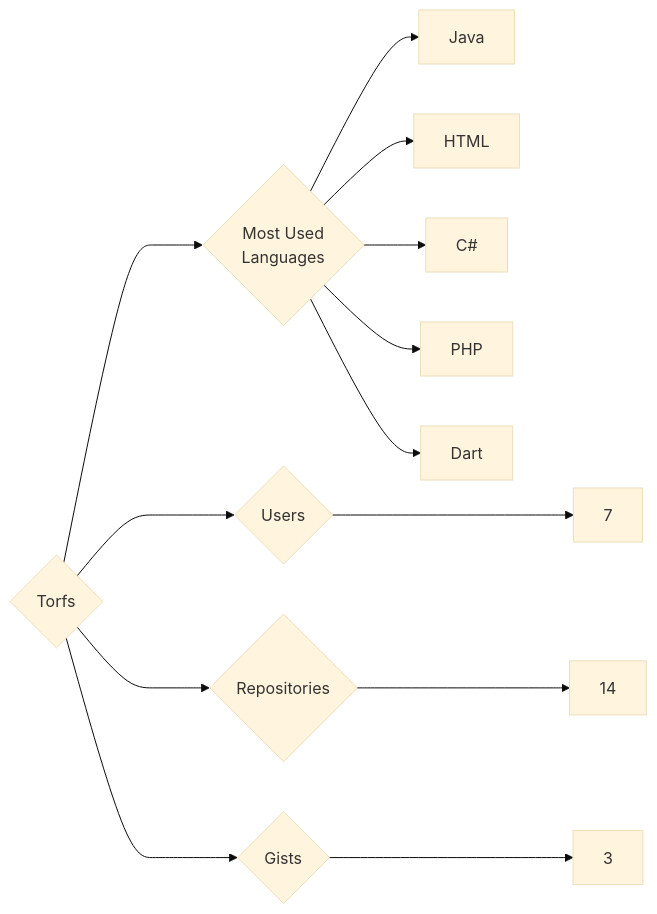
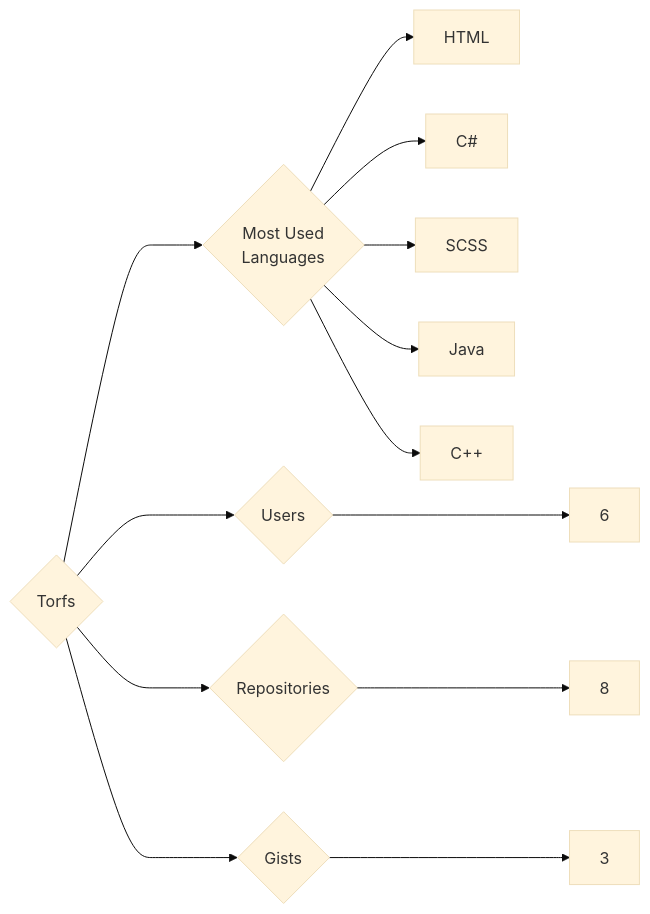
Before and after one commit to trickest/insiders: the diagram in targets/Torfs/README.md, drawn with Mermaid (base theme). The commit also changed 835 other files, not shown here.

````diff
--- a/targets/Torfs/README.md
+++ b/targets/Torfs/README.md
@@ -3,13 +3,13 @@
 ```mermaid
 graph LR
 COMPANY_NAME{Torfs}
-COMPANY_NAME ---> U{Users} ---> UN[7]
-COMPANY_NAME ---> R{Repositories} ---> RN[14]
+COMPANY_NAME ---> U{Users} ---> UN[6]
+COMPANY_NAME ---> R{Repositories} ---> RN[8]
 COMPANY_NAME ---> G{Gists} ---> GN[3]
 COMPANY_NAME ---> ML{Most Used<br>Languages}
-ML --> Java[Java]
 ML --> HTML[HTML]
 ML --> C#[C#]
-ML --> PHP[PHP]
-ML --> Dart[Dart]
+ML --> SCSS[SCSS]
+ML --> Java[Java]
+ML --> C++[C++]
 ```
````
